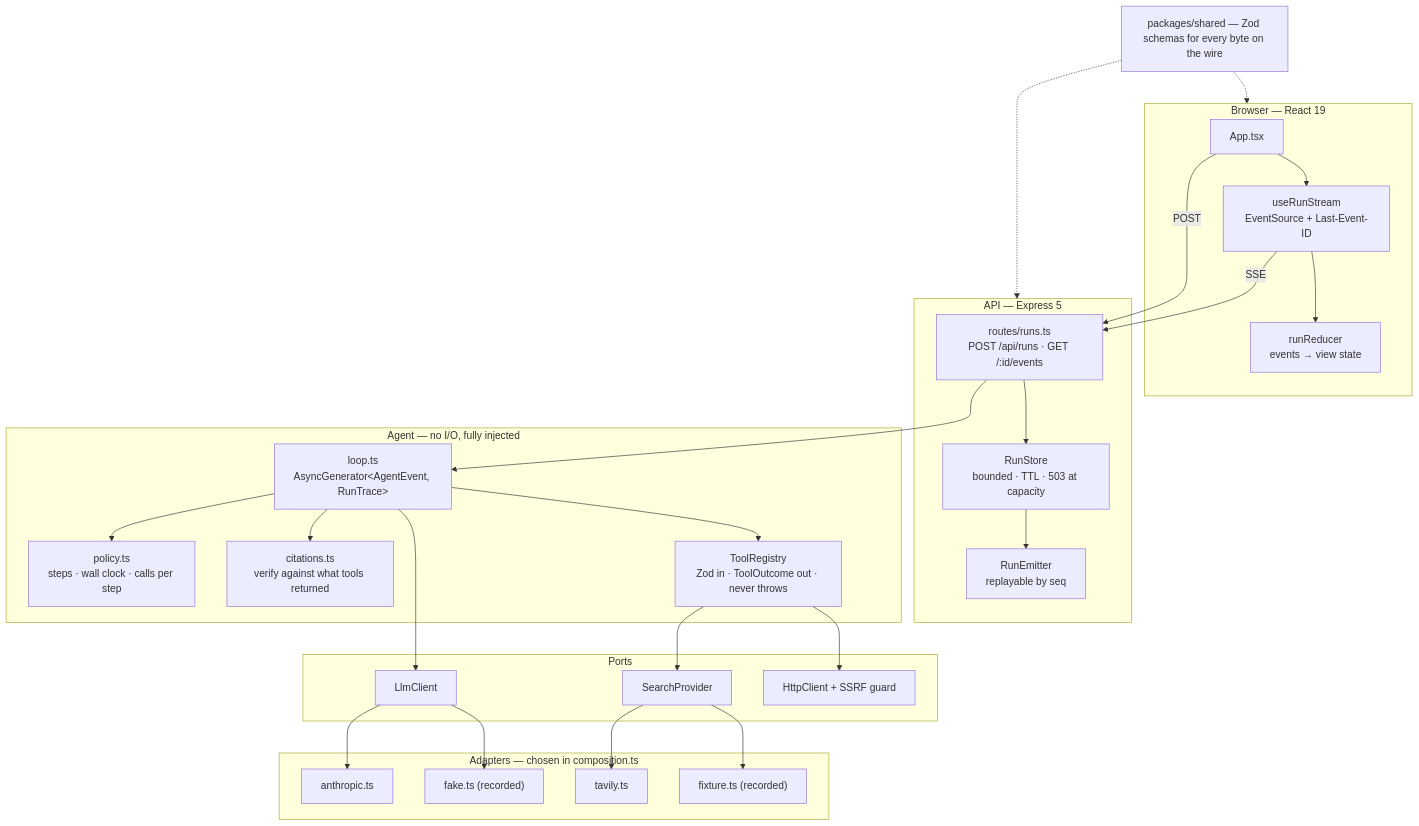
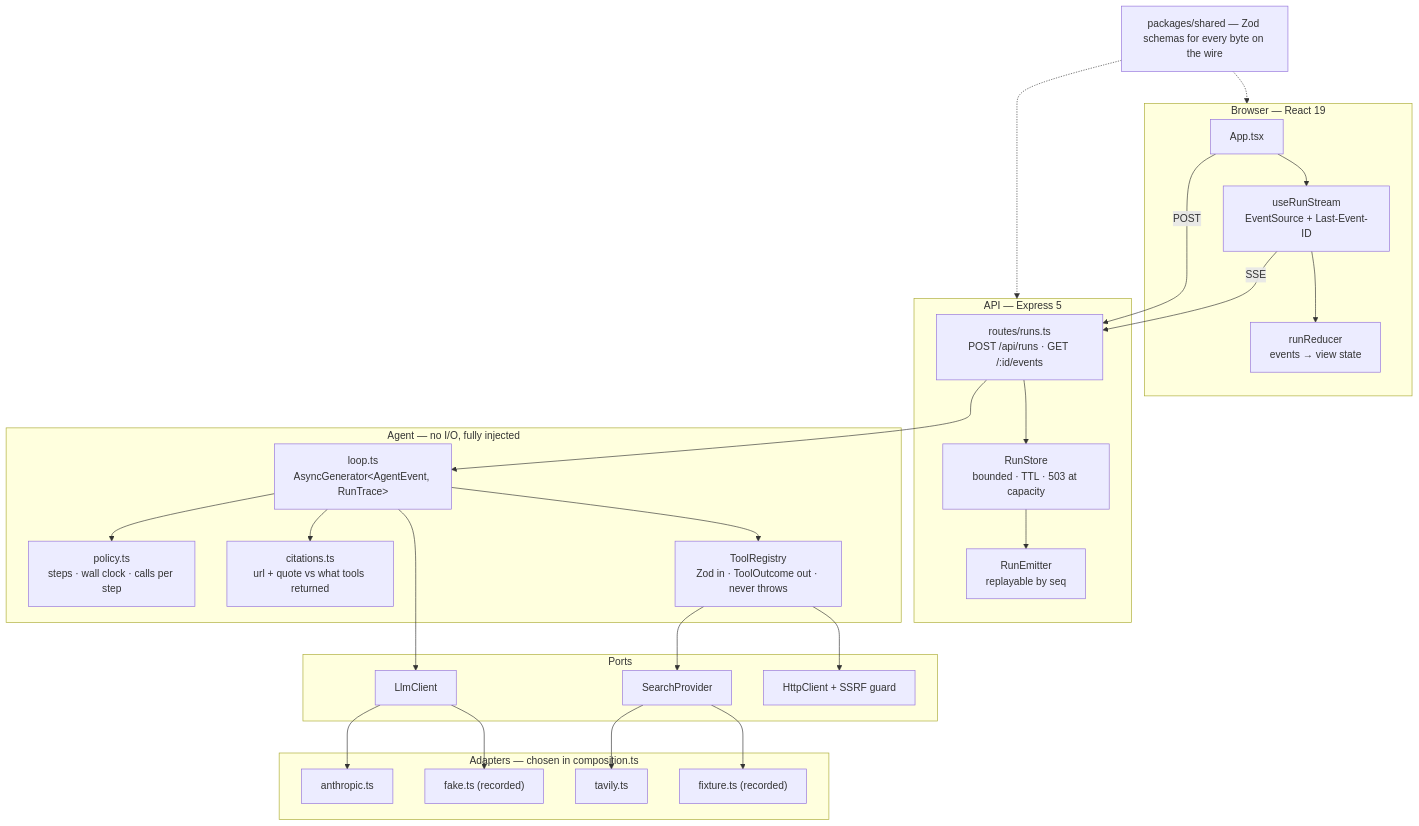
One commit to ahmedyasir77/agentic-research-assistant changed the diagram in README.md. Above: the diagram before and after it, drawn with Mermaid. The commit also changed other lines of this file and 5 other files, not shown here.

````diff
--- a/README.md
+++ b/README.md
@@ -49,52 +79,52 @@
 ```mermaid
 flowchart TB
     subgraph browser["Browser — React 19"]
         UI["App.tsx"] --> HOOK["useRunStream<br/>EventSource + Last-Event-ID"]
         HOOK --> RED["runReducer<br/>events → view state"]
     end
 
     subgraph api["API — Express 5"]
         RT["routes/runs.ts<br/>POST /api/runs · GET /:id/events"]
         STORE["RunStore<br/>bounded · TTL · 503 at capacity"]
         EM["RunEmitter<br/>replayable by seq"]
     end
 
     subgraph agent["Agent — no I/O, fully injected"]
         LOOP["loop.ts<br/>AsyncGenerator&lt;AgentEvent, RunTrace&gt;"]
         POL["policy.ts<br/>steps · wall clock · calls per step"]
-        CIT["citations.ts<br/>verify against what tools returned"]
+        CIT["citations.ts<br/>url + quote vs what tools returned"]
         REG["ToolRegistry<br/>Zod in · ToolOutcome out · never throws"]
     end
 
     subgraph ports["Ports"]
         LLM["LlmClient"]
         SEARCH["SearchProvider"]
         HTTP["HttpClient + SSRF guard"]
     end
 
     subgraph adapters["Adapters — chosen in composition.ts"]
         ANTH["anthropic.ts"]
         FAKE["fake.ts (recorded)"]
         TAV["tavily.ts"]
         FIX["fixture.ts (recorded)"]
     end
 
     UI -->|"POST"| RT
     HOOK -->|"SSE"| RT
     RT --> STORE --> EM
     RT --> LOOP
     LOOP --> POL
     LOOP --> REG
     LOOP --> CIT
     LOOP --> LLM
     REG --> SEARCH
     REG --> HTTP
     LLM --> ANTH
     LLM --> FAKE
     SEARCH --> TAV
     SEARCH --> FIX
 
     SHARED["packages/shared — Zod schemas for every byte on the wire"]
     SHARED -.-> browser
     SHARED -.-> api
 ```
````
